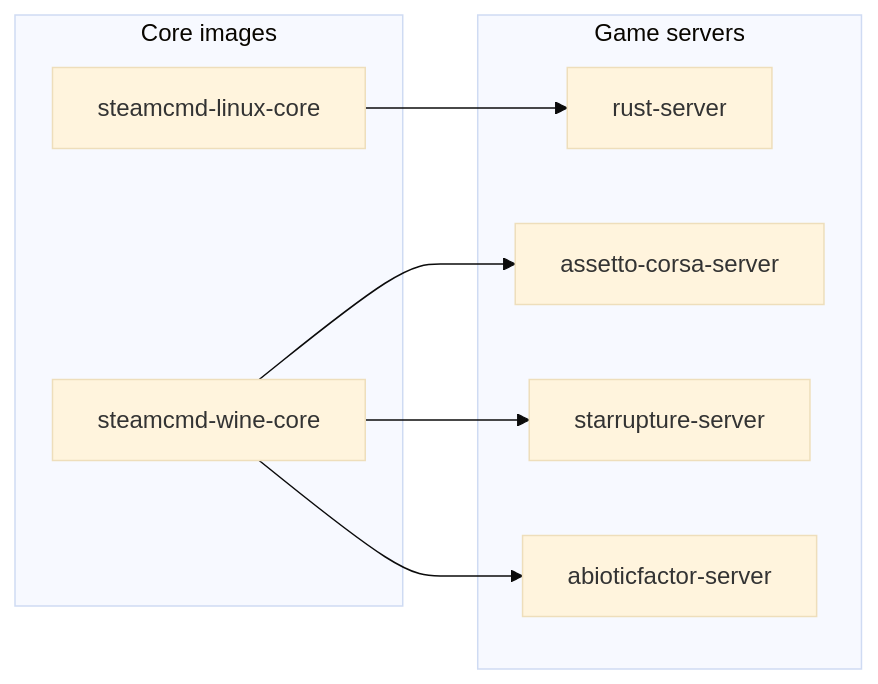
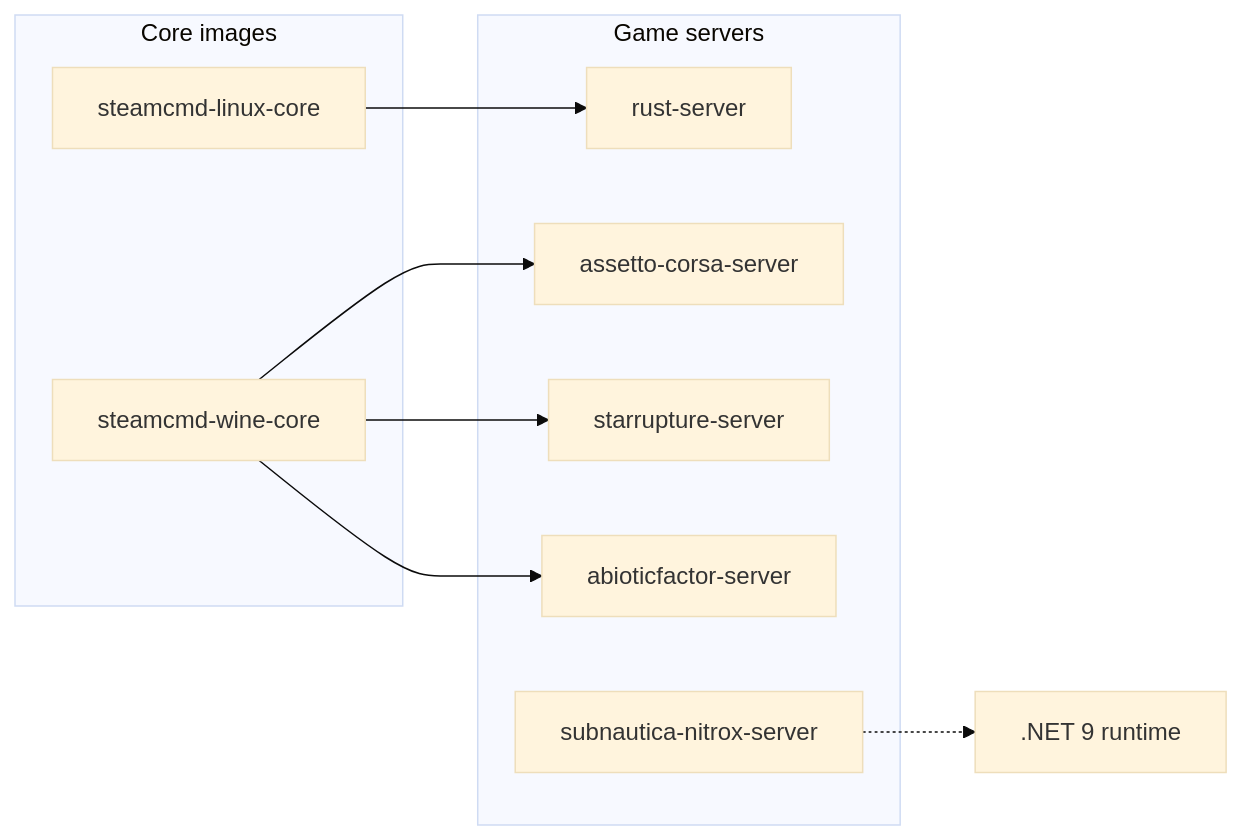
One commit to Monolithoid/steamcmd-servers changed the diagram in README.md. Above: the diagram before and after it, drawn with Mermaid (base theme). The commit also changed other lines of this file and 5 other files, not shown here.

Commit message:
subnautica nitrox

````diff
--- a/README.md
+++ b/README.md
@@ -21,19 +22,21 @@
 ```mermaid
 flowchart LR
     subgraph Core images
         linux_core[steamcmd-linux-core]
         wine_core[steamcmd-wine-core]
     end
 
     subgraph Game servers
         rust[rust-server]
         assetto[assetto-corsa-server]
         starrupture[starrupture-server]
         abioticfactor[abioticfactor-server]
+        subnautica_nitrox[subnautica-nitrox-server]
     end
 
     linux_core --> rust
     wine_core --> assetto
     wine_core --> starrupture
     wine_core --> abioticfactor
+    subnautica_nitrox -.-> dotnet_runtime[.NET 9 runtime]
 ```
````
